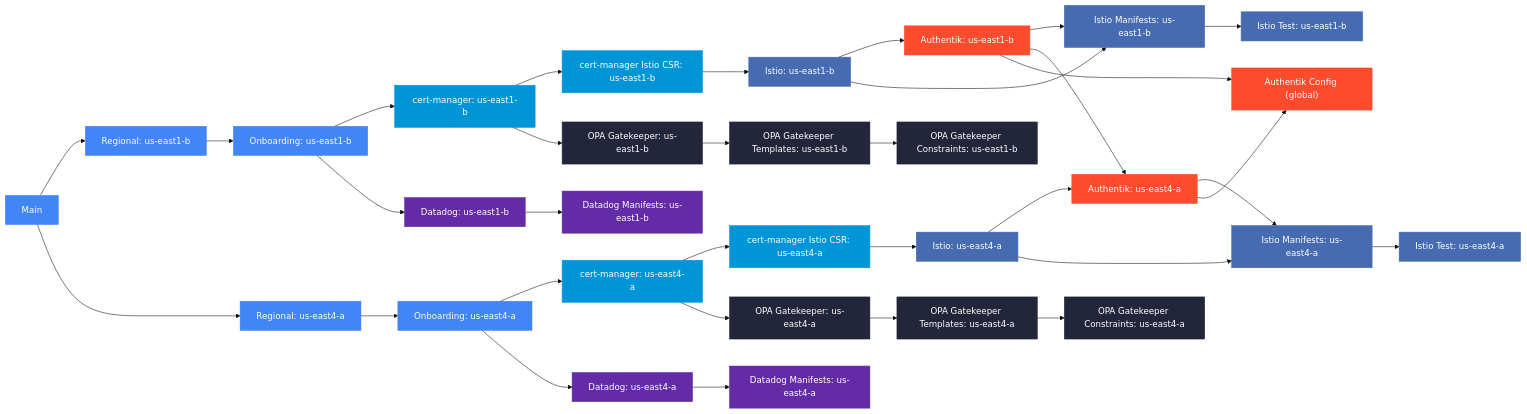
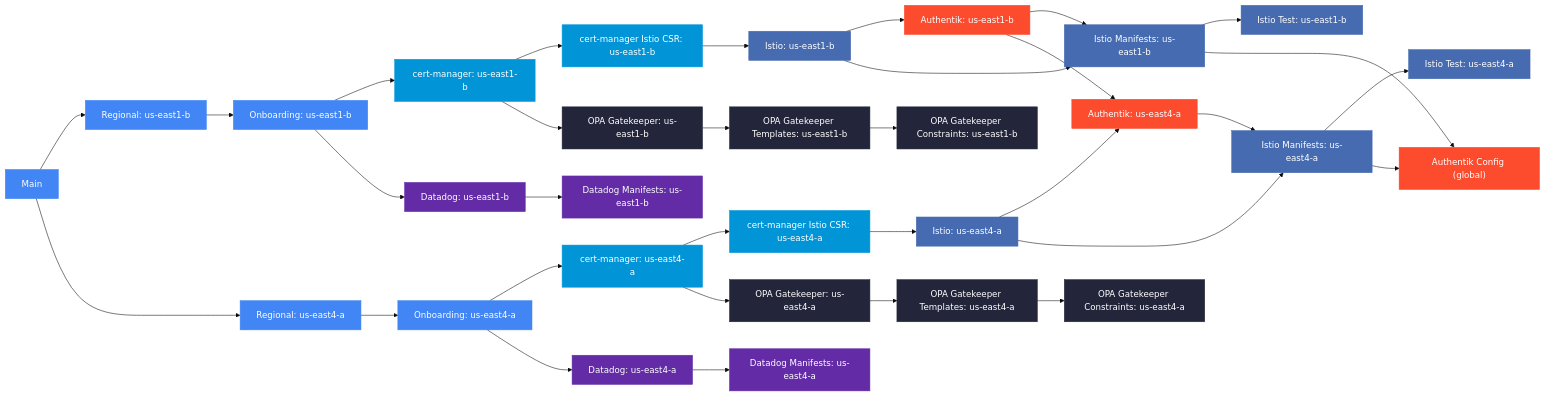
The diagram in README.md (osinfra-io/pt-pneuma), drawn with Mermaid (base theme) before and after one commit. The commit also changed 3 other files, not shown here.

````diff
--- a/README.md
+++ b/README.md
@@ -38,45 +38,45 @@
 ```mermaid
 flowchart LR
     classDef gke fill:#4285F4,stroke:#4285F4,color:#fff
     classDef certmanager fill:#0195D8,stroke:#0195D8,color:#fff
     classDef istio fill:#466BB0,stroke:#466BB0,color:#fff
     classDef datadog fill:#632CA6,stroke:#632CA6,color:#fff
     classDef opa fill:#23263B,stroke:#23263B,color:#fff
     classDef authentik fill:#FD4B2D,stroke:#FD4B2D,color:#fff
 
     main["Main"]:::gke
 
     main --> z1_regional["Regional: us-east1-b"]:::gke
     z1_regional --> z1_onboarding["Onboarding: us-east1-b"]:::gke
     z1_onboarding --> z1_cert_manager["cert-manager: us-east1-b"]:::certmanager
     z1_onboarding --> z1_datadog["Datadog: us-east1-b"]:::datadog
     z1_cert_manager --> z1_cert_manager_istio_csr["cert-manager Istio CSR: us-east1-b"]:::certmanager
     z1_cert_manager --> z1_opa_gatekeeper["OPA Gatekeeper: us-east1-b"]:::opa
     z1_cert_manager_istio_csr --> z1_istio["Istio: us-east1-b"]:::istio
     z1_istio --> z1_authentik["Authentik: us-east1-b"]:::authentik
     z1_istio --> z1_istio_manifests["Istio Manifests: us-east1-b"]:::istio
     z1_authentik --> z1_istio_manifests
     z1_istio_manifests --> z1_istio_test["Istio Test: us-east1-b"]:::istio
     z1_datadog --> z1_datadog_manifests["Datadog Manifests: us-east1-b"]:::datadog
     z1_opa_gatekeeper --> z1_opa_templates["OPA Gatekeeper Templates: us-east1-b"]:::opa
     z1_opa_templates --> z1_opa_constraints["OPA Gatekeeper Constraints: us-east1-b"]:::opa
 
     main --> z2_regional["Regional: us-east4-a"]:::gke
     z2_regional --> z2_onboarding["Onboarding: us-east4-a"]:::gke
     z2_onboarding --> z2_cert_manager["cert-manager: us-east4-a"]:::certmanager
     z2_onboarding --> z2_datadog["Datadog: us-east4-a"]:::datadog
     z2_cert_manager --> z2_cert_manager_istio_csr["cert-manager Istio CSR: us-east4-a"]:::certmanager
     z2_cert_manager --> z2_opa_gatekeeper["OPA Gatekeeper: us-east4-a"]:::opa
     z2_cert_manager_istio_csr --> z2_istio["Istio: us-east4-a"]:::istio
     z1_authentik --> z2_authentik["Authentik: us-east4-a"]:::authentik
     z2_istio --> z2_authentik
     z2_istio --> z2_istio_manifests["Istio Manifests: us-east4-a"]:::istio
     z2_authentik --> z2_istio_manifests
     z2_istio_manifests --> z2_istio_test["Istio Test: us-east4-a"]:::istio
     z2_datadog --> z2_datadog_manifests["Datadog Manifests: us-east4-a"]:::datadog
     z2_opa_gatekeeper --> z2_opa_templates["OPA Gatekeeper Templates: us-east4-a"]:::opa
     z2_opa_templates --> z2_opa_constraints["OPA Gatekeeper Constraints: us-east4-a"]:::opa
 
-    z1_authentik --> authentik_config["Authentik Config (global)"]:::authentik
-    z2_authentik --> authentik_config
+    z1_istio_manifests --> authentik_config["Authentik Config (global)"]:::authentik
+    z2_istio_manifests --> authentik_config
 ```
````
